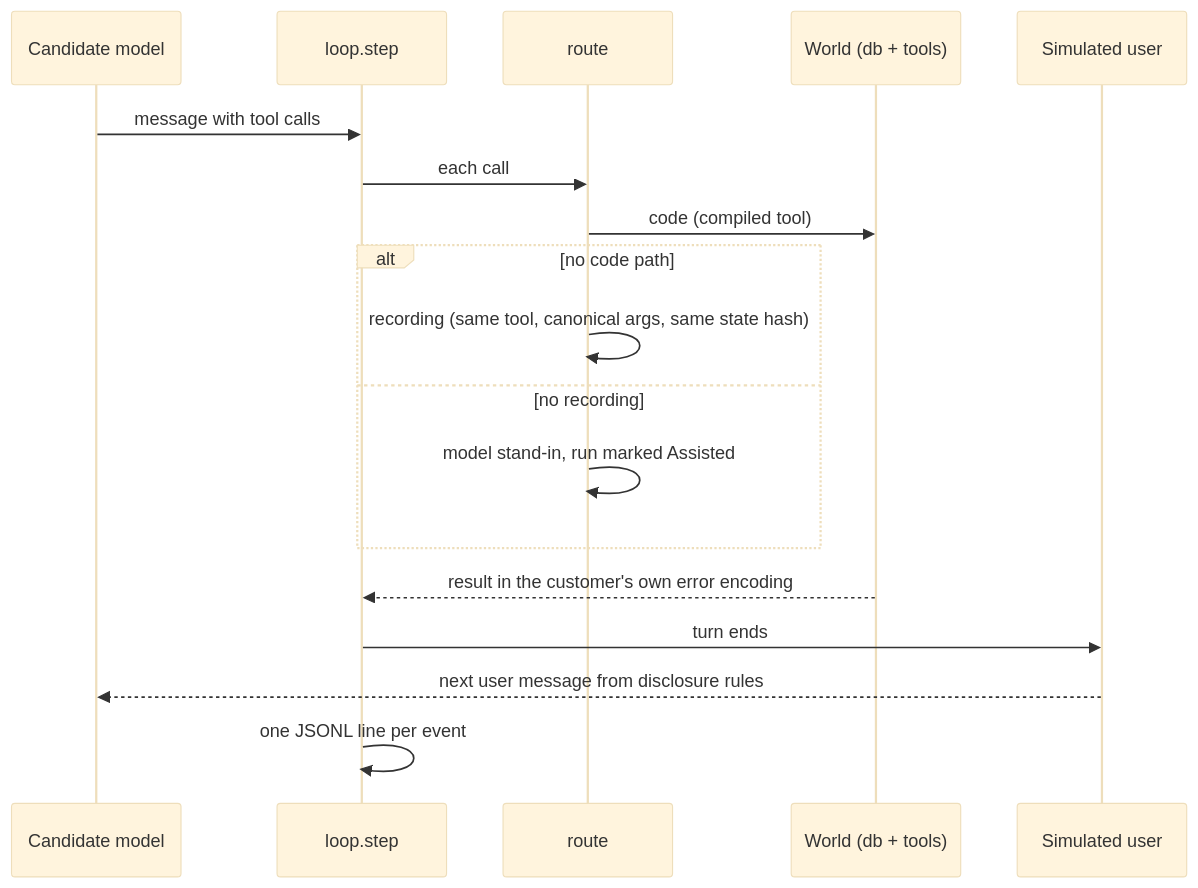
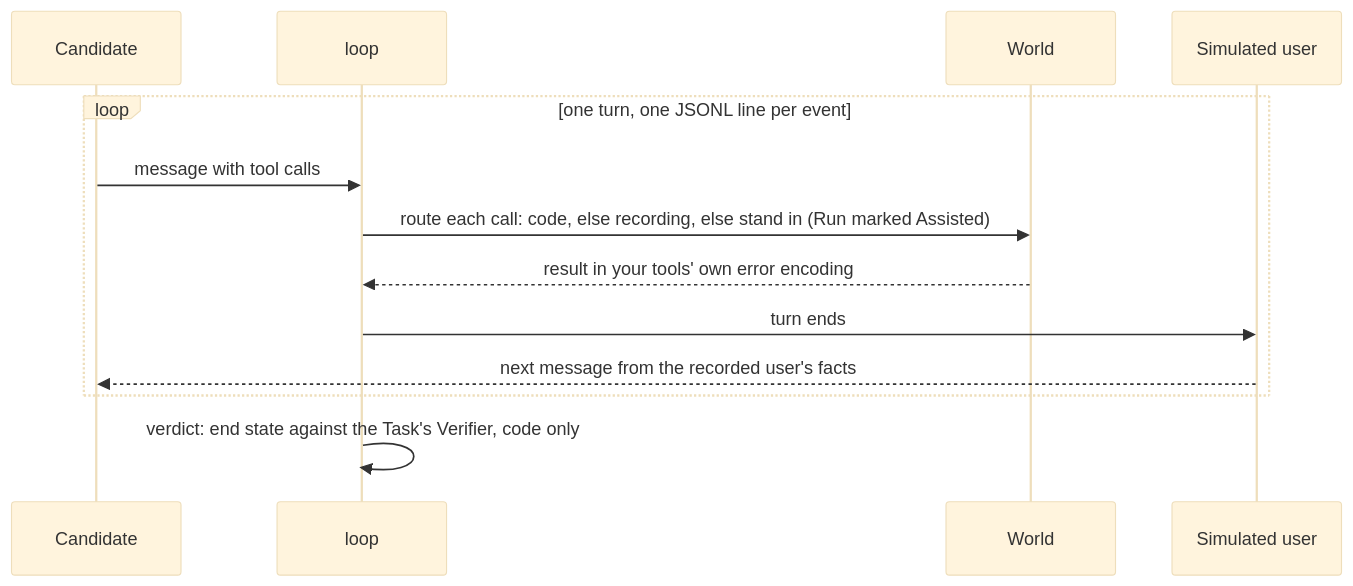
Before and after one commit to leiblerdev/kullback: the fourth of 4 diagrams in README.md, drawn with Mermaid (base theme). The commit also changed other lines of this file, not shown here.

First line of the commit message:
README: harness loop, simpler architecture, stage and runner diagrams

````diff
--- a/README.md
+++ b/README.md
@@ -102,20 +130,15 @@
 ```mermaid
 sequenceDiagram
-    participant C as Candidate model
-    participant L as loop.step
-    participant R as route
-    participant W as World (db + tools)
+    participant C as Candidate
+    participant L as loop
+    participant W as World
     participant U as Simulated user
-    C->>L: message with tool calls
-    L->>R: each call
-    R->>W: code (compiled tool)
-    alt no code path
-        R->>R: recording (same tool, canonical args, same state hash)
-    else no recording
-        R->>R: model stand-in, run marked Assisted
+    loop one turn, one JSONL line per event
+        C->>L: message with tool calls
+        L->>W: route each call: code, else recording, else stand in (Run marked Assisted)
+        W-->>L: result in your tools' own error encoding
+        L->>U: turn ends
+        U-->>C: next message from the recorded user's facts
     end
-    W-->>L: result in the customer's own error encoding
-    L->>U: turn ends
-    U-->>C: next user message from disclosure rules
-    L->>L: one JSONL line per event
+    L->>L: verdict: end state against the Task's Verifier, code only
 ```
````
